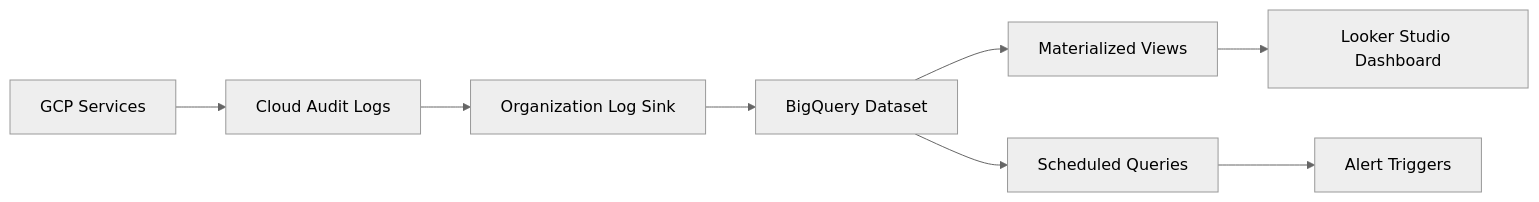
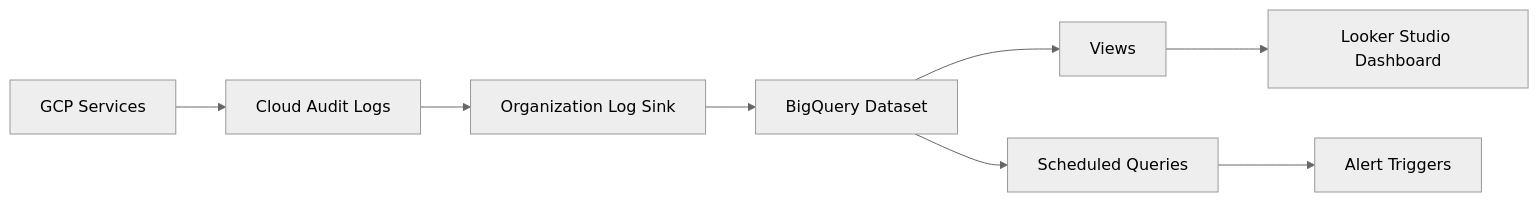
One commit to OneUptime/blog changed the diagram in posts/2026-02-17-how-to-build-an-audit-log-analysis-pipeline-with-bigquery-and-looker-studio-on-gcp/README.md. Above: the diagram before and after it, drawn with Mermaid (neutral theme). The commit also changed other lines of this file and 2 other files, not shown here.

````diff
--- a/posts/2026-02-17-how-to-build-an-audit-log-analysis-pipeline-with-bigquery-and-looker-studio-on-gcp/README.md
+++ b/posts/2026-02-17-how-to-build-an-audit-log-analysis-pipeline-with-bigquery-and-looker-studio-on-gcp/README.md
@@ -19,10 +19,10 @@
 ```mermaid
 graph LR
     A[GCP Services] --> B[Cloud Audit Logs]
     B --> C[Organization Log Sink]
     C --> D[BigQuery Dataset]
-    D --> E[Materialized Views]
+    D --> E[Views]
     D --> F[Scheduled Queries]
     E --> G[Looker Studio Dashboard]
     F --> H[Alert Triggers]
 ```
````
